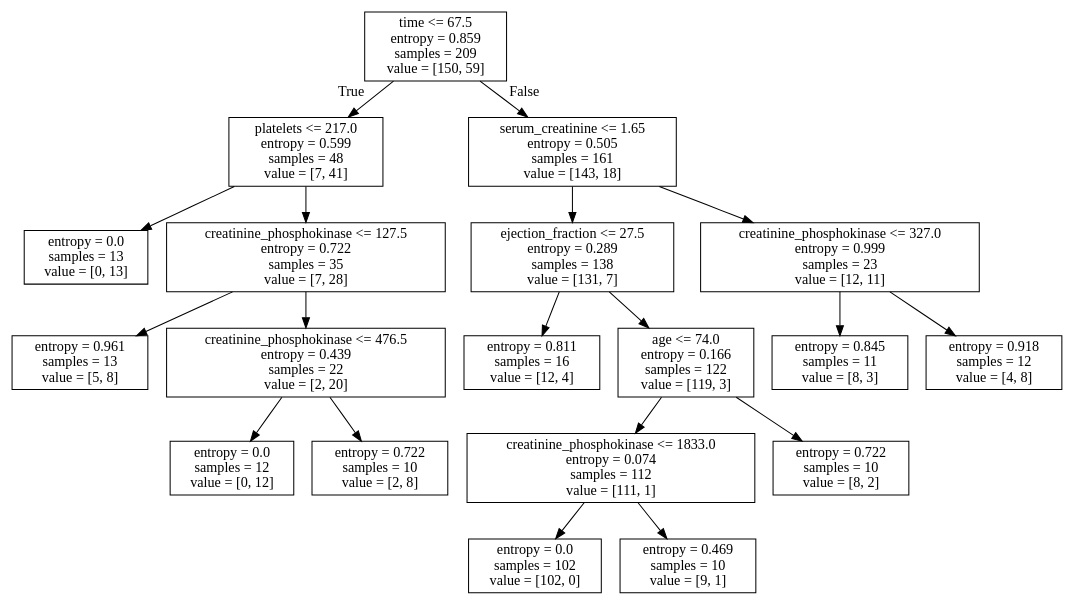
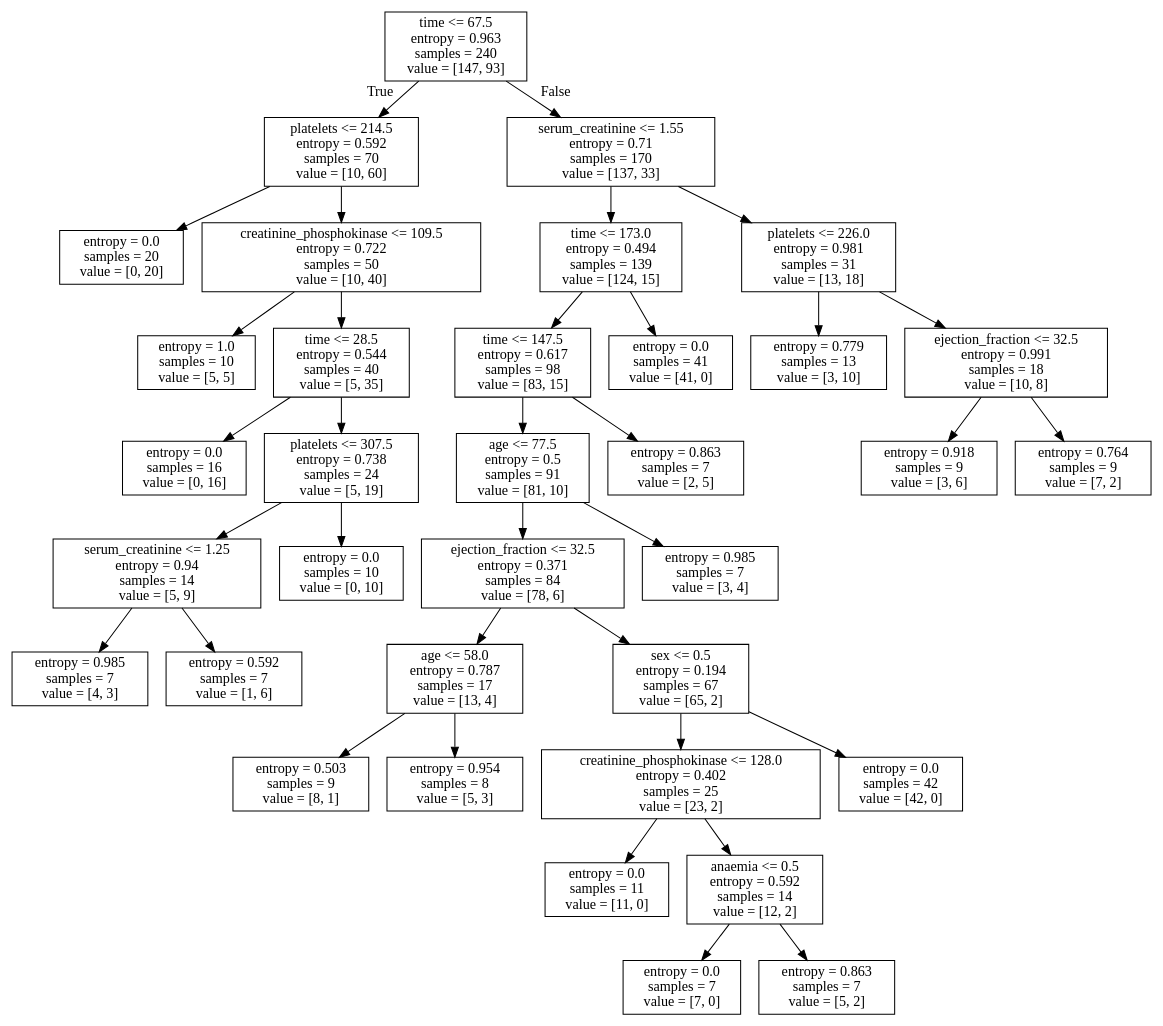
The diagram in mytree.dot (shantanu779/data_science), drawn with Graphviz before and after one commit. The commit also changed 1 other file, not shown here.

```diff
--- a/mytree.dot
+++ b/mytree.dot
@@ -1,40 +1,72 @@
 digraph Tree {
 node [shape=box] ;
-0 [label="time <= 67.5\nentropy = 0.859\nsamples = 209\nvalue = [150, 59]"] ;
-1 [label="platelets <= 217.0\nentropy = 0.599\nsamples = 48\nvalue = [7, 41]"] ;
+0 [label="time <= 67.5\nentropy = 0.963\nsamples = 240\nvalue = [147, 93]"] ;
+1 [label="platelets <= 214.5\nentropy = 0.592\nsamples = 70\nvalue = [10, 60]"] ;
 0 -> 1 [labeldistance=2.5, labelangle=45, headlabel="True"] ;
-2 [label="entropy = 0.0\nsamples = 13\nvalue = [0, 13]"] ;
+2 [label="entropy = 0.0\nsamples = 20\nvalue = [0, 20]"] ;
 1 -> 2 ;
-3 [label="creatinine_phosphokinase <= 127.5\nentropy = 0.722\nsamples = 35\nvalue = [7, 28]"] ;
+3 [label="creatinine_phosphokinase <= 109.5\nentropy = 0.722\nsamples = 50\nvalue = [10, 40]"] ;
 1 -> 3 ;
-4 [label="entropy = 0.961\nsamples = 13\nvalue = [5, 8]"] ;
+4 [label="entropy = 1.0\nsamples = 10\nvalue = [5, 5]"] ;
 3 -> 4 ;
-5 [label="creatinine_phosphokinase <= 476.5\nentropy = 0.439\nsamples = 22\nvalue = [2, 20]"] ;
+5 [label="time <= 28.5\nentropy = 0.544\nsamples = 40\nvalue = [5, 35]"] ;
 3 -> 5 ;
-6 [label="entropy = 0.0\nsamples = 12\nvalue = [0, 12]"] ;
+6 [label="entropy = 0.0\nsamples = 16\nvalue = [0, 16]"] ;
 5 -> 6 ;
-7 [label="entropy = 0.722\nsamples = 10\nvalue = [2, 8]"] ;
+7 [label="platelets <= 307.5\nentropy = 0.738\nsamples = 24\nvalue = [5, 19]"] ;
 5 -> 7 ;
-8 [label="serum_creatinine <= 1.65\nentropy = 0.505\nsamples = 161\nvalue = [143, 18]"] ;
-0 -> 8 [labeldistance=2.5, labelangle=-45, headlabel="False"] ;
-9 [label="ejection_fraction <= 27.5\nentropy = 0.289\nsamples = 138\nvalue = [131, 7]"] ;
+8 [label="serum_creatinine <= 1.25\nentropy = 0.94\nsamples = 14\nvalue = [5, 9]"] ;
+7 -> 8 ;
+9 [label="entropy = 0.985\nsamples = 7\nvalue = [4, 3]"] ;
 8 -> 9 ;
-10 [label="entropy = 0.811\nsamples = 16\nvalue = [12, 4]"] ;
-9 -> 10 ;
-11 [label="age <= 74.0\nentropy = 0.166\nsamples = 122\nvalue = [119, 3]"] ;
-9 -> 11 ;
-12 [label="creatinine_phosphokinase <= 1833.0\nentropy = 0.074\nsamples = 112\nvalue = [111, 1]"] ;
-11 -> 12 ;
-13 [label="entropy = 0.0\nsamples = 102\nvalue = [102, 0]"] ;
+10 [label="entropy = 0.592\nsamples = 7\nvalue = [1, 6]"] ;
+8 -> 10 ;
+11 [label="entropy = 0.0\nsamples = 10\nvalue = [0, 10]"] ;
+7 -> 11 ;
+12 [label="serum_creatinine <= 1.55\nentropy = 0.71\nsamples = 170\nvalue = [137, 33]"] ;
+0 -> 12 [labeldistance=2.5, labelangle=-45, headlabel="False"] ;
+13 [label="time <= 173.0\nentropy = 0.494\nsamples = 139\nvalue = [124, 15]"] ;
 12 -> 13 ;
-14 [label="entropy = 0.469\nsamples = 10\nvalue = [9, 1]"] ;
-12 -> 14 ;
-15 [label="entropy = 0.722\nsamples = 10\nvalue = [8, 2]"] ;
-11 -> 15 ;
-16 [label="creatinine_phosphokinase <= 327.0\nentropy = 0.999\nsamples = 23\nvalue = [12, 11]"] ;
-8 -> 16 ;
-17 [label="entropy = 0.845\nsamples = 11\nvalue = [8, 3]"] ;
+14 [label="time <= 147.5\nentropy = 0.617\nsamples = 98\nvalue = [83, 15]"] ;
+13 -> 14 ;
+15 [label="age <= 77.5\nentropy = 0.5\nsamples = 91\nvalue = [81, 10]"] ;
+14 -> 15 ;
+16 [label="ejection_fraction <= 32.5\nentropy = 0.371\nsamples = 84\nvalue = [78, 6]"] ;
+15 -> 16 ;
+17 [label="age <= 58.0\nentropy = 0.787\nsamples = 17\nvalue = [13, 4]"] ;
 16 -> 17 ;
-18 [label="entropy = 0.918\nsamples = 12\nvalue = [4, 8]"] ;
-16 -> 18 ;
+18 [label="entropy = 0.503\nsamples = 9\nvalue = [8, 1]"] ;
+17 -> 18 ;
+19 [label="entropy = 0.954\nsamples = 8\nvalue = [5, 3]"] ;
+17 -> 19 ;
+20 [label="sex <= 0.5\nentropy = 0.194\nsamples = 67\nvalue = [65, 2]"] ;
+16 -> 20 ;
+21 [label="creatinine_phosphokinase <= 128.0\nentropy = 0.402\nsamples = 25\nvalue = [23, 2]"] ;
+20 -> 21 ;
+22 [label="entropy = 0.0\nsamples = 11\nvalue = [11, 0]"] ;
+21 -> 22 ;
+23 [label="anaemia <= 0.5\nentropy = 0.592\nsamples = 14\nvalue = [12, 2]"] ;
+21 -> 23 ;
+24 [label="entropy = 0.0\nsamples = 7\nvalue = [7, 0]"] ;
+23 -> 24 ;
+25 [label="entropy = 0.863\nsamples = 7\nvalue = [5, 2]"] ;
+23 -> 25 ;
+26 [label="entropy = 0.0\nsamples = 42\nvalue = [42, 0]"] ;
+20 -> 26 ;
+27 [label="entropy = 0.985\nsamples = 7\nvalue = [3, 4]"] ;
+15 -> 27 ;
+28 [label="entropy = 0.863\nsamples = 7\nvalue = [2, 5]"] ;
+14 -> 28 ;
+29 [label="entropy = 0.0\nsamples = 41\nvalue = [41, 0]"] ;
+13 -> 29 ;
+30 [label="platelets <= 226.0\nentropy = 0.981\nsamples = 31\nvalue = [13, 18]"] ;
+12 -> 30 ;
+31 [label="entropy = 0.779\nsamples = 13\nvalue = [3, 10]"] ;
+30 -> 31 ;
+32 [label="ejection_fraction <= 32.5\nentropy = 0.991\nsamples = 18\nvalue = [10, 8]"] ;
+30 -> 32 ;
+33 [label="entropy = 0.918\nsamples = 9\nvalue = [3, 6]"] ;
+32 -> 33 ;
+34 [label="entropy = 0.764\nsamples = 9\nvalue = [7, 2]"] ;
+32 -> 34 ;
 }
```
